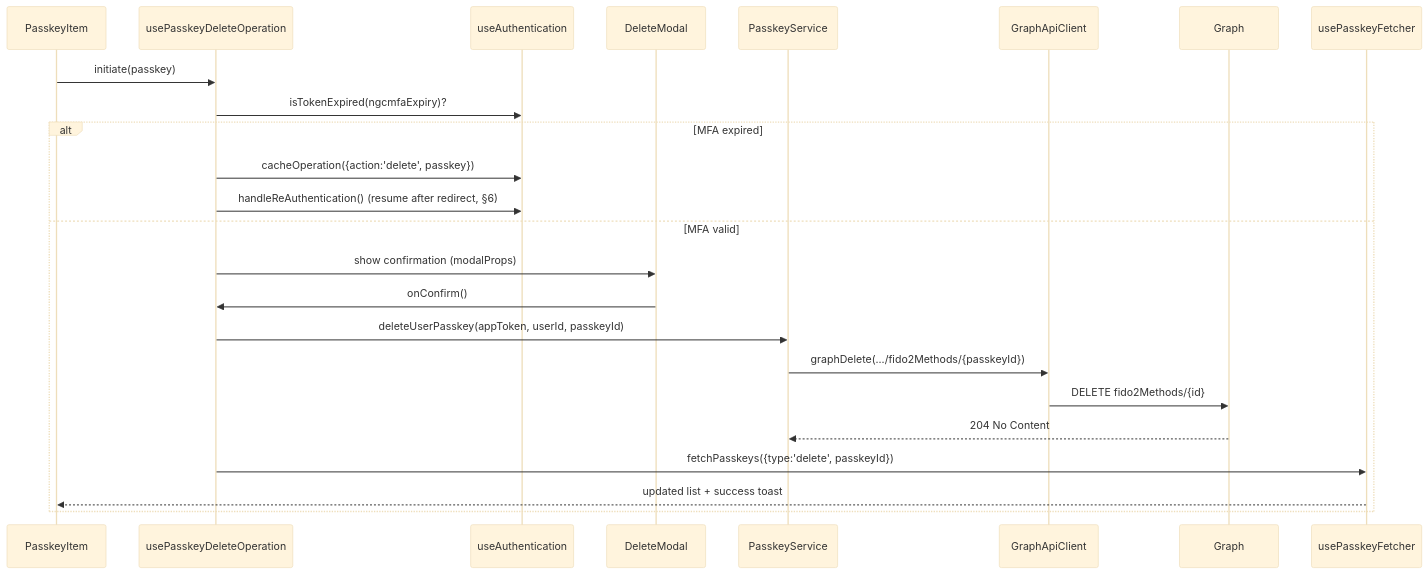
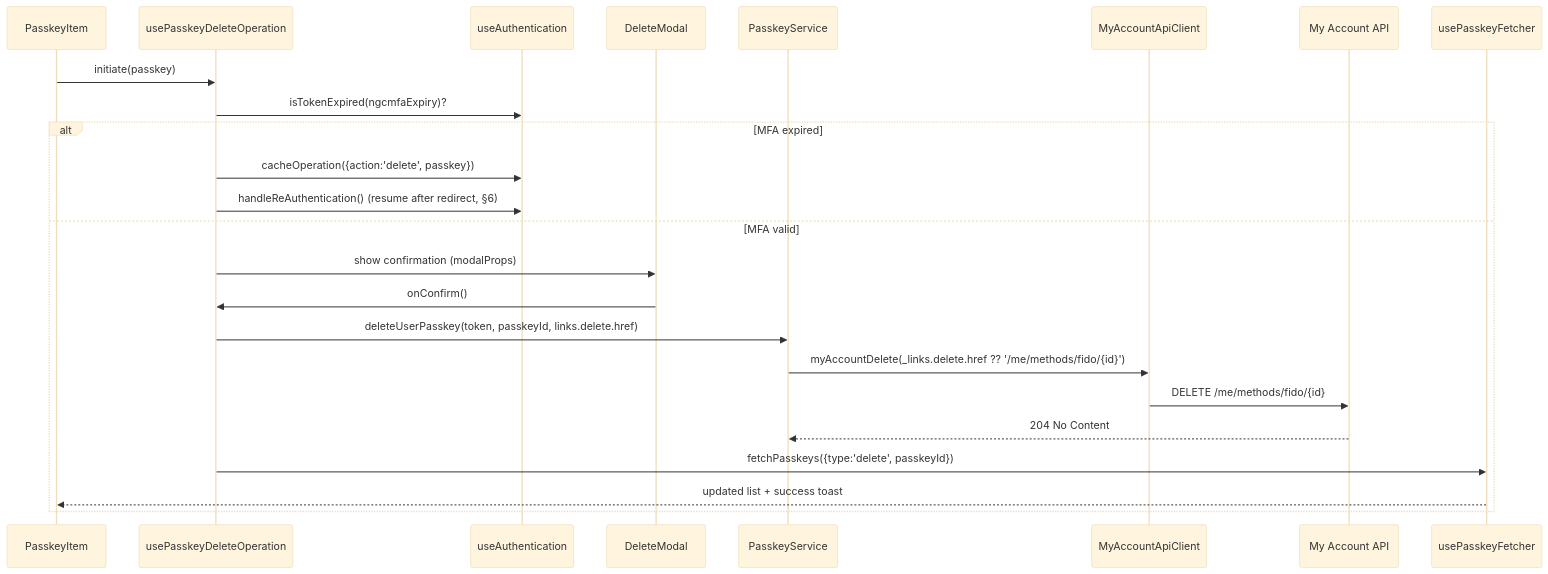
Before and after one commit to Azure-Samples/ms-identity-ciam-native-javascript-samples: the fifth of 7 diagrams in passkey-sample/docs/DATA-FLOWS.md, drawn with Mermaid (base theme). The commit also changed 4 other files, not shown here.

````diff
--- a/passkey-sample/docs/DATA-FLOWS.md
+++ b/passkey-sample/docs/DATA-FLOWS.md
@@ -184,27 +184,27 @@
 ```mermaid
 sequenceDiagram
     participant Item as PasskeyItem
     participant Del as usePasskeyDeleteOperation
     participant Auth as useAuthentication
     participant Modal as DeleteModal
     participant Svc as PasskeyService
-    participant GC as GraphApiClient
-    participant Graph
+    participant MA as MyAccountApiClient
+    participant MyAcct as My Account API
     participant Fetch as usePasskeyFetcher
 
     Item->>Del: initiate(passkey)
     Del->>Auth: isTokenExpired(ngcmfaExpiry)?
     alt MFA expired
         Del->>Auth: cacheOperation({action:'delete', passkey})
         Del->>Auth: handleReAuthentication() (resume after redirect, §6)
     else MFA valid
         Del->>Modal: show confirmation (modalProps)
         Modal->>Del: onConfirm()
-        Del->>Svc: deleteUserPasskey(appToken, userId, passkeyId)
-        Svc->>GC: graphDelete(.../fido2Methods/{passkeyId})
-        GC->>Graph: DELETE fido2Methods/{id}
-        Graph-->>Svc: 204 No Content
+        Del->>Svc: deleteUserPasskey(token, passkeyId, links.delete.href)
+        Svc->>MA: myAccountDelete(_links.delete.href ?? '/me/methods/fido/{id}')
+        MA->>MyAcct: DELETE /me/methods/fido/{id}
+        MyAcct-->>Svc: 204 No Content
         Del->>Fetch: fetchPasskeys({type:'delete', passkeyId})
         Fetch-->>Item: updated list + success toast
     end
 ```
````
